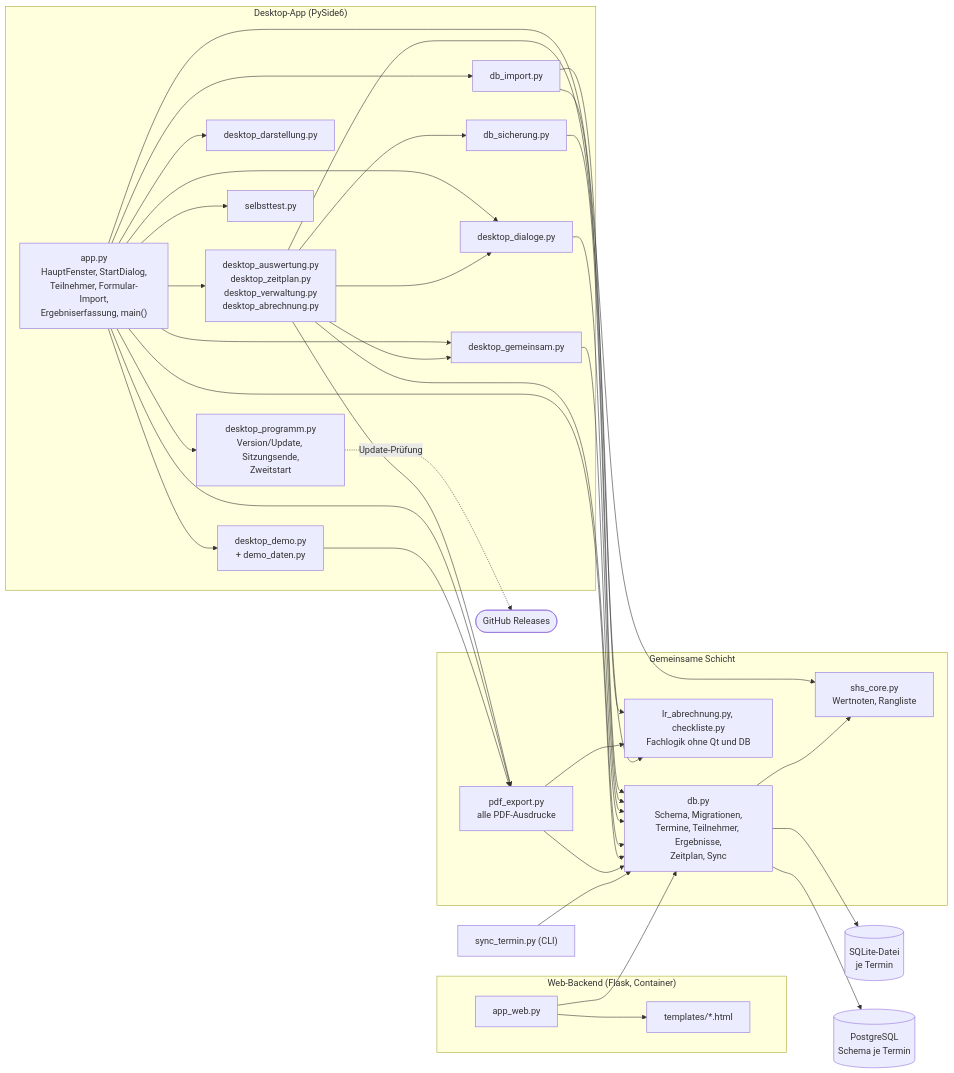
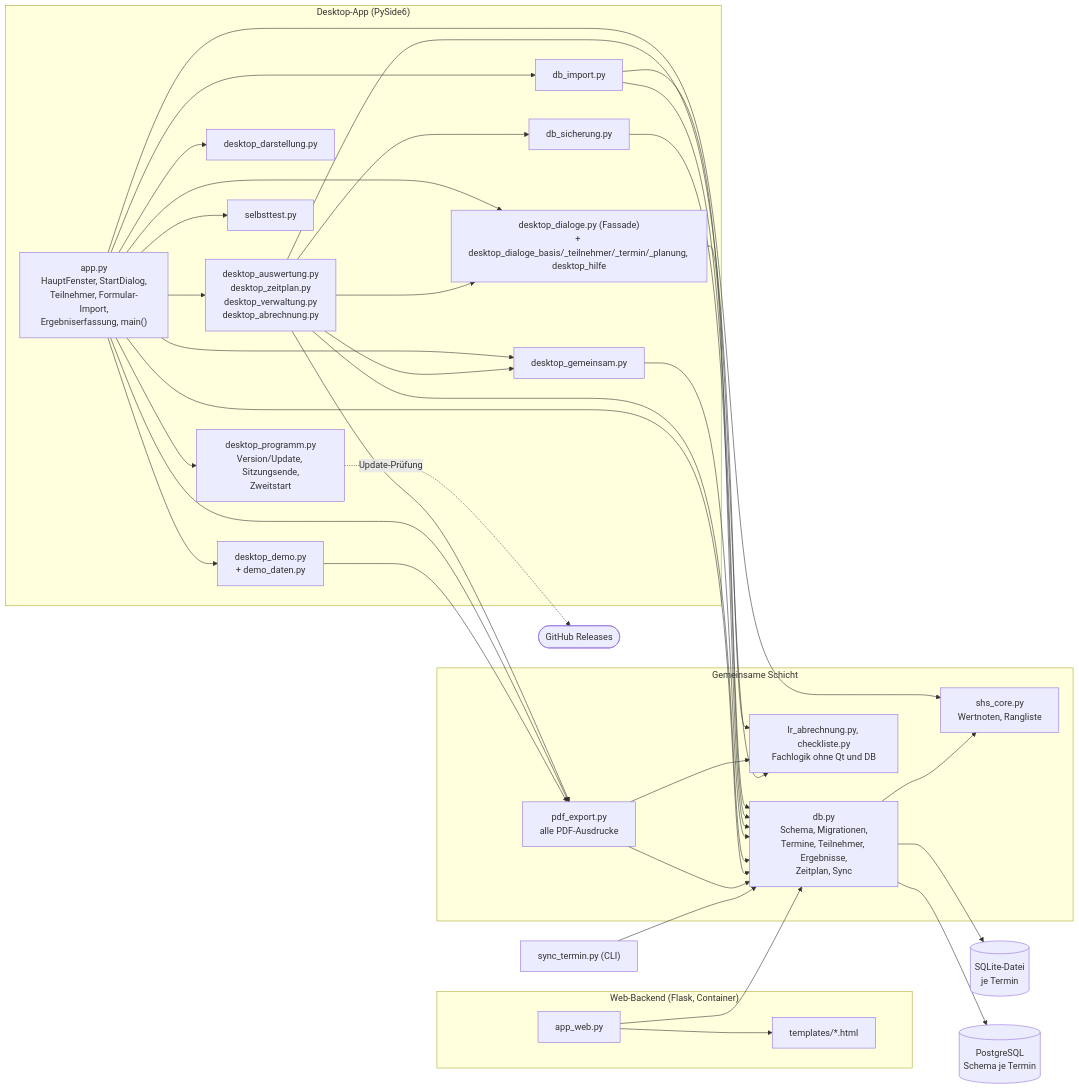
The first of 13 diagrams in UML.md (mbruver-source/SHS), drawn with Mermaid before and after one commit. The commit also changed 27 other files, not shown here.

````diff
--- a/UML.md
+++ b/UML.md
@@ -29,51 +29,51 @@
 ```mermaid
 flowchart LR
     subgraph Desktop["Desktop-App (PySide6)"]
         app["app.py<br/>HauptFenster, StartDialog,<br/>Teilnehmer, Formular-Import,<br/>Ergebniserfassung, main()"]
         reiter["desktop_auswertung.py<br/>desktop_zeitplan.py<br/>desktop_verwaltung.py<br/>desktop_abrechnung.py"]
         programm["desktop_programm.py<br/>Version/Update, Sitzungsende,<br/>Zweitstart"]
-        dialoge["desktop_dialoge.py"]
+        dialoge["desktop_dialoge.py (Fassade)<br/>+ desktop_dialoge_basis/_teilnehmer/_termin/_planung, desktop_hilfe"]
         gemeinsam["desktop_gemeinsam.py"]
         darstellung["desktop_darstellung.py"]
         demo["desktop_demo.py<br/>+ demo_daten.py"]
         imp["db_import.py"]
         sich["db_sicherung.py"]
         selbst["selbsttest.py"]
     end
 
     subgraph Web["Web-Backend (Flask, Container)"]
         web["app_web.py"]
         tpl["templates/*.html"]
     end
 
     subgraph Kern["Gemeinsame Schicht"]
         db["db.py<br/>Schema, Migrationen,<br/>Termine, Teilnehmer, Ergebnisse,<br/>Zeitplan, Sync"]
         core["shs_core.py<br/>Wertnoten, Rangliste"]
         pdf["pdf_export.py<br/>alle PDF-Ausdrucke"]
         fach["lr_abrechnung.py, checkliste.py<br/>Fachlogik ohne Qt und DB"]
     end
 
     sqlite[("SQLite-Datei<br/>je Termin")]
     pg[("PostgreSQL<br/>Schema je Termin")]
     sync["sync_termin.py (CLI)"]
     gh(["GitHub Releases"])
 
     app --> reiter & programm & dialoge & gemeinsam & darstellung & demo & imp
     reiter --> dialoge & gemeinsam & sich & pdf
     app --> pdf & core & selbst
     demo --> pdf
     imp --> db
     sich --> db
     dialoge --> db
     gemeinsam --> db
     reiter --> db
     reiter & pdf & imp --> fach
     app --> db
     web --> db & tpl
     pdf --> db
     db --> core
     db --> sqlite
     db --> pg
     sync --> db
     programm -.Update-Prüfung.-> gh
 ```
````
